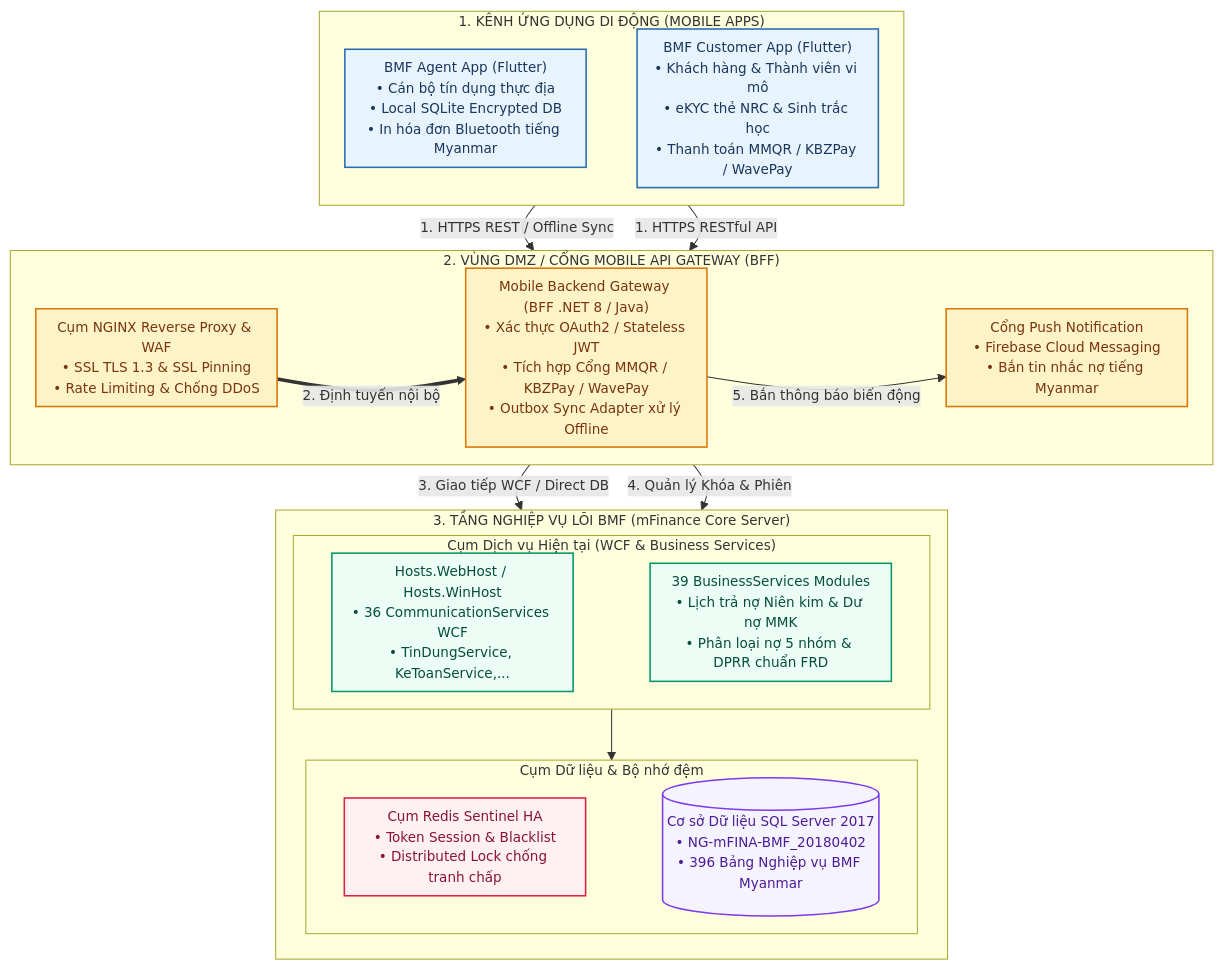
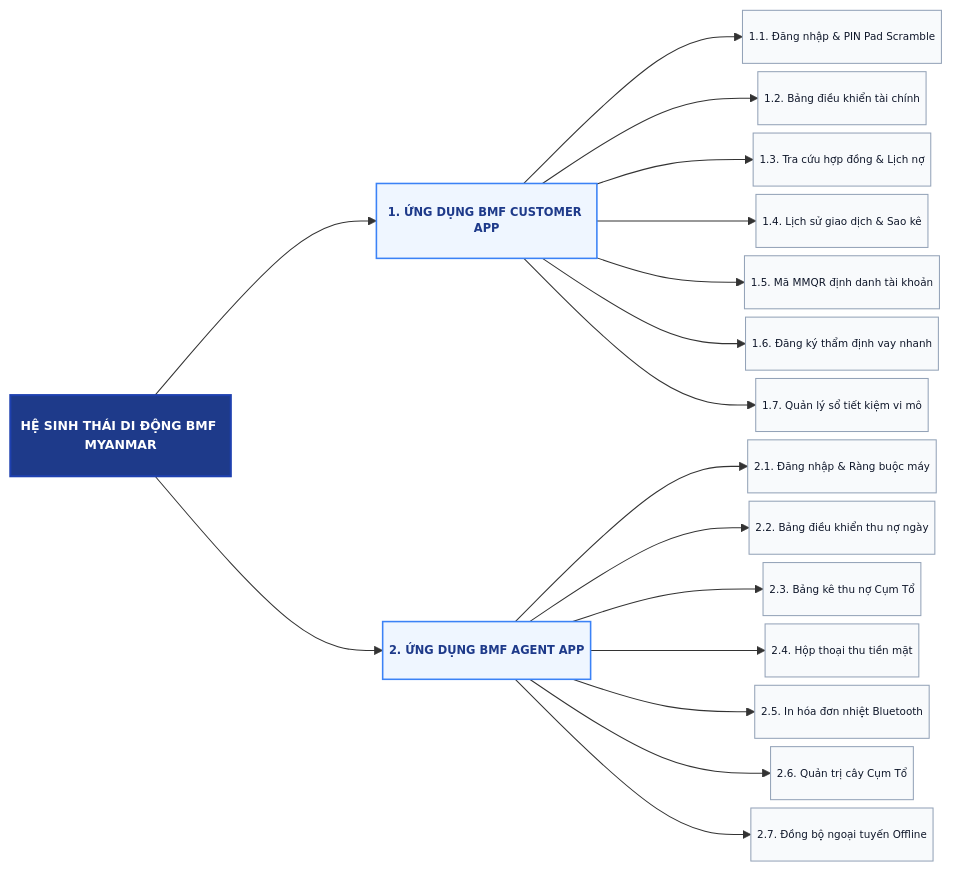
Before and after one commit to chapisoft/mifinace: the third of 4 diagrams in docs/mobile_app_proposal.md, drawn with Mermaid. The commit also changed other lines of this file and 660 other files, not shown here.

````diff
--- a/docs/mobile_app_proposal.md
+++ b/docs/mobile_app_proposal.md
@@ -279,46 +131,28 @@
 ```mermaid
-%%{init: {'flowchart': {'nodeSpacing': 14, 'rankSpacing': 24, 'padding': 8}, 'themeVariables': {'fontSize': '13px', 'fontFamily': 'Inter, Arial, sans-serif'}}}%%
-flowchart TD
-    %% 1. TẦNG THIẾT BỊ DI ĐỘNG & NGƯỜI DÙNG
-    subgraph ZONE_MOBILE ["1. KÊNH ỨNG DỤNG DI ĐỘNG (MOBILE APPS)"]
-        direction LR
-        APP_AGENT["BMF Agent App (Flutter)<br/>• Cán bộ tín dụng thực địa<br/>• Local SQLite Encrypted DB<br/>• In hóa đơn Bluetooth tiếng Myanmar"]:::cClient ~~~ APP_CUST["BMF Customer App (Flutter)<br/>• Khách hàng & Thành viên vi mô<br/>• eKYC thẻ NRC & Sinh trắc học<br/>• Thanh toán MMQR / KBZPay / WavePay"]:::cClient
-    end
+%%{init: {'flowchart': {'nodeSpacing': 8, 'rankSpacing': 140, 'padding': 3, 'curve': 'basis'}}}%%
+flowchart LR
+    ROOT["HỆ SINH THÁI DI ĐỘNG BMF MYANMAR"]:::cLevel0
 
-    %% 2. TẦNG BIÊN AN NINH & CỔNG DI ĐỘNG
-    subgraph ZONE_DMZ ["2. VÙNG DMZ / CỔNG MOBILE API GATEWAY (BFF)"]
-        direction LR
-        WAF_GW["Cụm NGINX Reverse Proxy & WAF<br/>• SSL TLS 1.3 & SSL Pinning<br/>• Rate Limiting & Chống DDoS"]:::cDmz ~~~ BFF_API["Mobile Backend Gateway (BFF .NET 8 / Java)<br/>• Xác thực OAuth2 / Stateless JWT<br/>• Tích hợp Cổng MMQR / KBZPay / WavePay<br/>• Outbox Sync Adapter xử lý Offline"]:::cDmz ~~~ FCM_SVC["Cổng Push Notification<br/>• Firebase Cloud Messaging<br/>• Bắn tin nhắc nợ tiếng Myanmar"]:::cDmz
-    end
+    ROOT --> MOD1["1. ỨNG DỤNG BMF CUSTOMER APP "]:::cLevel1
+    ROOT --> MOD2["2. ỨNG DỤNG BMF AGENT APP    "]:::cLevel1
 
-    %% 3. TẦNG LÕI HIỆN TẠI VÀ CƠ SỞ DỮ LIỆU
-    subgraph ZONE_CORE ["3. TẦNG NGHIỆP VỤ LÕI BMF (mFinance Core Server)"]
-        direction TB
-        subgraph CORE_SERVICES ["Cụm Dịch vụ Hiện tại (WCF & Business Services)"]
-            direction LR
-            WCF_HOST["Hosts.WebHost / Hosts.WinHost<br/>• 36 CommunicationServices WCF<br/>• TinDungService, KeToanService,..."]:::cCore ~~~ BIZ_CORE["39 BusinessServices Modules<br/>• Lịch trả nợ Niên kim & Dư nợ MMK<br/>• Phân loại nợ 5 nhóm & DPRR chuẩn FRD"]:::cCore
-        end
+    MOD1 --> C1["1.1. Đăng nhập & PIN Pad Scramble"]:::cLevel2
+    MOD1 --> C2["1.2. Bảng điều khiển tài chính"]:::cLevel2
+    MOD1 --> C3["1.3. Tra cứu hợp đồng & Lịch nợ"]:::cLevel2
+    MOD1 --> C4["1.4. Lịch sử giao dịch & Sao kê"]:::cLevel2
+    MOD1 --> C5["1.5. Mã MMQR định danh tài khoản"]:::cLevel2
+    MOD1 --> C6["1.6. Đăng ký thẩm định vay nhanh"]:::cLevel2
+    MOD1 --> C7["1.7. Quản lý sổ tiết kiệm vi mô"]:::cLevel2
 
-        subgraph DATA_STORAGE ["Cụm Dữ liệu & Bộ nhớ đệm"]
-            direction LR
-            REDIS_HA["Cụm Redis Sentinel HA<br/>• Token Session & Blacklist<br/>• Distributed Lock chống tranh chấp"]:::cKafka ~~~ SQL_DB[("Cơ sở Dữ liệu SQL Server 2017<br/>• NG-mFINA-BMF_20180402<br/>• 396 Bảng Nghiệp vụ BMF Myanmar")]:::cDb
-        end
+    MOD2 --> A1["2.1. Đăng nhập & Ràng buộc máy"]:::cLevel2
+    MOD2 --> A2["2.2. Bảng điều khiển thu nợ ngày"]:::cLevel2
+    MOD2 --> A3["2.3. Bảng kê thu nợ Cụm Tổ"]:::cLevel2
+    MOD2 --> A4["2.4. Hộp thoại thu tiền mặt"]:::cLevel2
+    MOD2 --> A5["2.5. In hóa đơn nhiệt Bluetooth"]:::cLevel2
+    MOD2 --> A6["2.6. Quản trị cây Cụm Tổ"]:::cLevel2
+    MOD2 --> A7["2.7. Đồng bộ ngoại tuyến Offline"]:::cLevel2
 
-        CORE_SERVICES --> DATA_STORAGE
-    end
-
-    %% LUỒNG TRUYỀN THÔNG
-    APP_AGENT -->|"1. HTTPS REST / Offline Sync"| WAF_GW
-    APP_CUST -->|"1. HTTPS RESTful API"| WAF_GW
-    WAF_GW ==>|"2. Định tuyến nội bộ"| BFF_API
-    BFF_API -->|"3. Giao tiếp WCF / Direct DB"| WCF_HOST
-    BFF_API -->|"4. Quản lý Khóa & Phiên"| REDIS_HA
-    BFF_API -->|"5. Bắn thông báo biến động"| FCM_SVC
-
-    %% KHAI BÁO CLASS STYLES
-    classDef cClient fill:#e8f4fd,stroke:#2b6cb0,stroke-width:1.5px,color:#1a365d;
-    classDef cDmz fill:#fef3c7,stroke:#d97706,stroke-width:1.5px,color:#78350f;
-    classDef cCore fill:#ecfdf5,stroke:#059669,stroke-width:1.5px,color:#064e3b;
-    classDef cKafka fill:#fff1f2,stroke:#e11d48,stroke-width:1.5px,color:#881337;
-    classDef cDb fill:#f5f3ff,stroke:#7c3aed,stroke-width:1.5px,color:#4c1d95;
+    classDef cLevel0 fill:#1e3a8a,stroke:#1e40af,stroke-width:2px,color:#ffffff,font-size:12px,font-weight:bold,padding:6px 16px;
+    classDef cLevel1 fill:#eff6ff,stroke:#3b82f6,stroke-width:1.5px,color:#1e3a8a,font-size:11px,font-weight:bold,padding:5px 14px;
+    classDef cLevel2 fill:#f8fafc,stroke:#94a3b8,stroke-width:1px,color:#0f172a,font-size:10px,padding:4px 10px;
 ```
````
